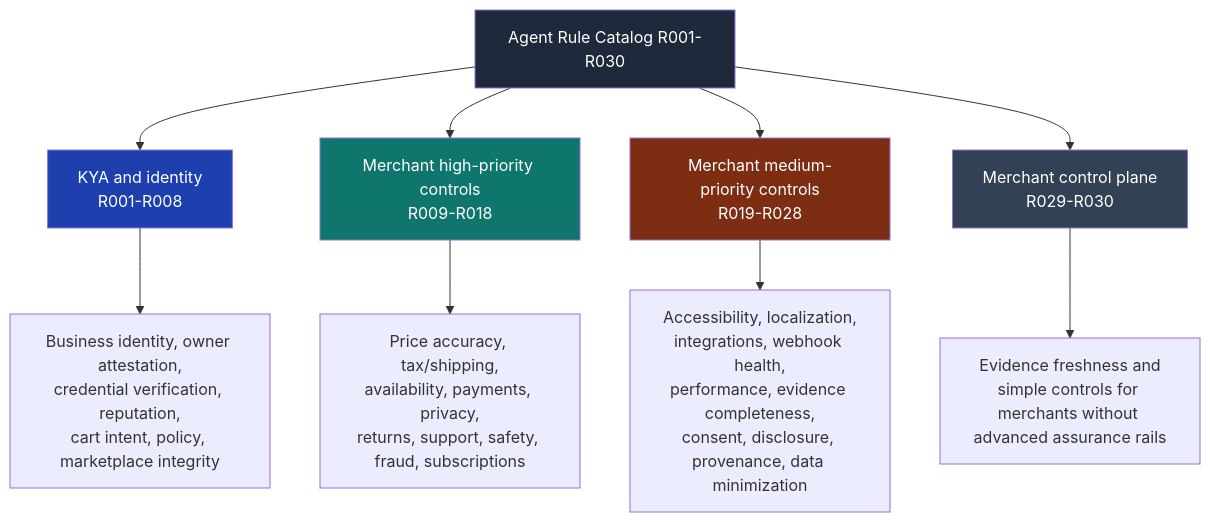
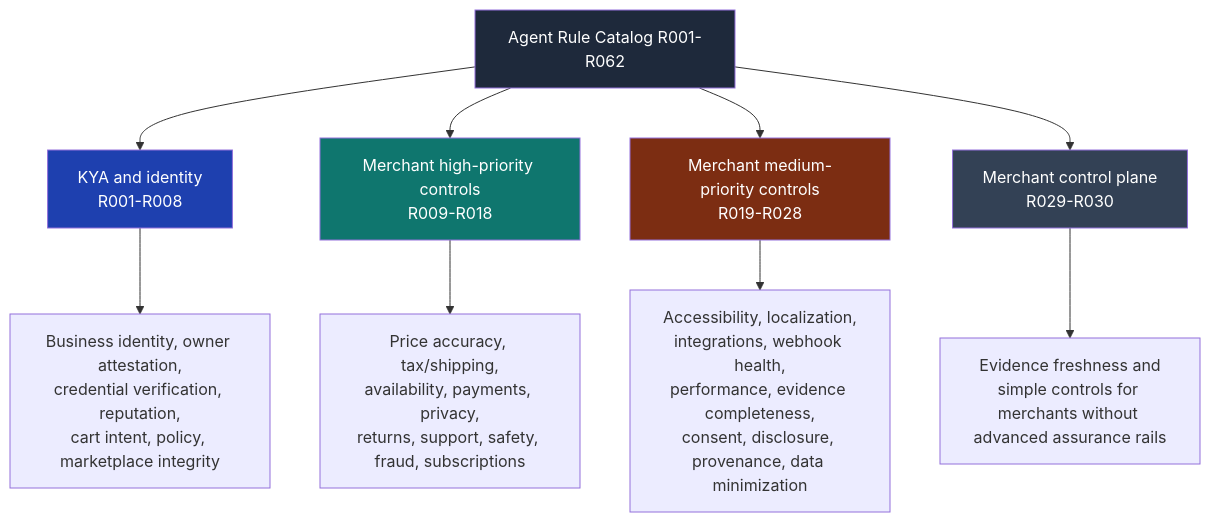
One commit to Trusteedxyz/trusteed-developer-mcp changed the second of 3 diagrams in README.md. Above: the diagram before and after it, drawn with Mermaid. The commit also changed other lines of this file and 3 other files, not shown here.

````diff
--- a/README.md
+++ b/README.md
@@ -220,19 +220,19 @@
 ```mermaid
 flowchart TD
-    ROOT["Agent Rule Catalog R001-R030"]
+    ROOT["Agent Rule Catalog R001-R062"]
     ROOT --> KYA["KYA and identity\nR001-R008"]
     ROOT --> HP["Merchant high-priority controls\nR009-R018"]
     ROOT --> MP["Merchant medium-priority controls\nR019-R028"]
     ROOT --> CP["Merchant control plane\nR029-R030"]
 
     KYA --> KYA_EX["Business identity, owner attestation,\ncredential verification, reputation,\ncart intent, policy, marketplace integrity"]
     HP --> HP_EX["Price accuracy, tax/shipping,\navailability, payments, privacy,\nreturns, support, safety, fraud, subscriptions"]
     MP --> MP_EX["Accessibility, localization,\nintegrations, webhook health,\nperformance, evidence completeness,\nconsent, disclosure, provenance, data minimization"]
     CP --> CP_EX["Evidence freshness and\nsimple controls for merchants without advanced assurance rails"]
 
     style ROOT fill:#1e293b,color:#fff
     style KYA fill:#1e40af,color:#fff
     style HP fill:#0f766e,color:#fff
     style MP fill:#7c2d12,color:#fff
     style CP fill:#334155,color:#fff
 ```
````
